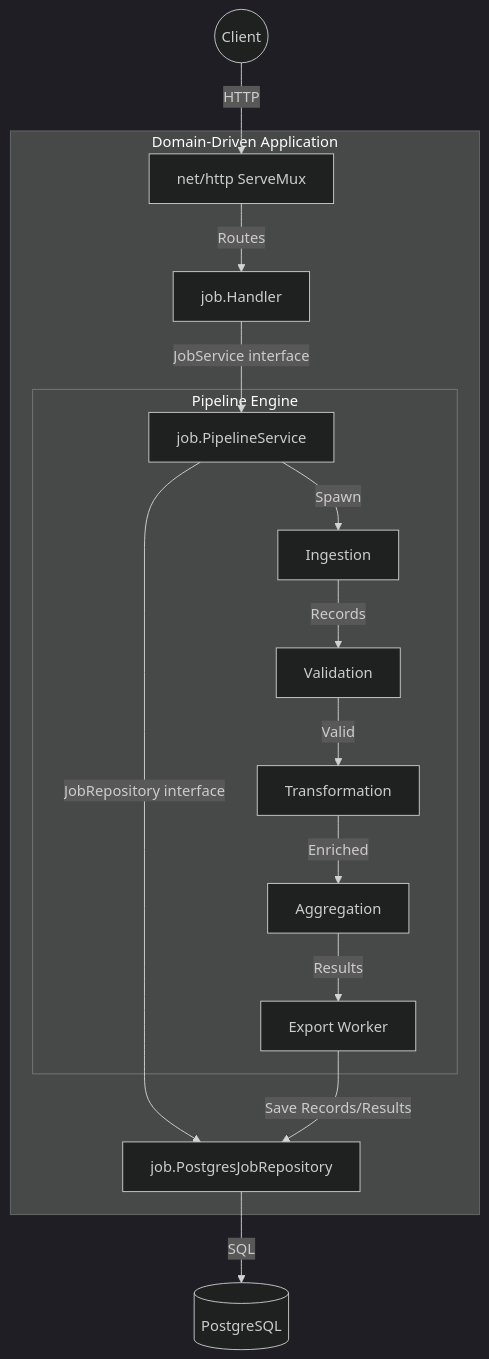
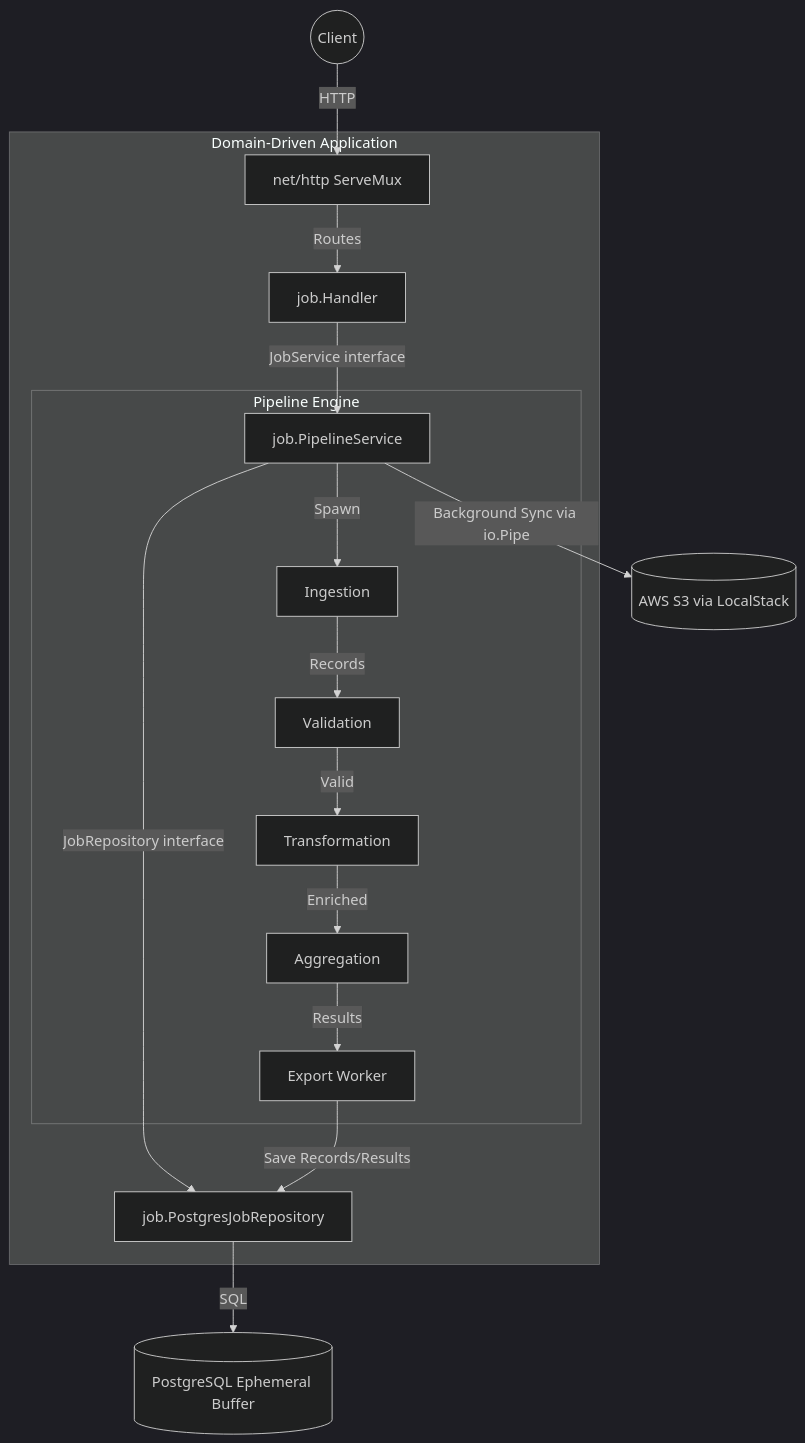
One commit to narayan-mindfire/data-processor changed the diagram in README.md. Above: the diagram before and after it, drawn with Mermaid (dark theme). The commit also changed other lines of this file and 4 other files, not shown here.

````diff
--- a/README.md
+++ b/README.md
@@ -31,21 +31,22 @@
 ```mermaid
 graph TD
     Client((Client)) -->|HTTP| Router["net/http ServeMux"]
 
     subgraph "Domain-Driven Application"
         Router -->|Routes| Handler["job.Handler"]
         Handler -->|"JobService interface"| Service["job.PipelineService"]
         Service -->|"JobRepository interface"| Repo["job.PostgresJobRepository"]
 
         subgraph "Pipeline Engine"
             Service -->|Spawn| Ingest[Ingestion]
             Ingest -->|Records| Validate[Validation]
             Validate -->|Valid| Transform[Transformation]
             Transform -->|Enriched| Aggregate[Aggregation]
             Aggregate -->|Results| Export[Export Worker]
         end
     end
 
-    Repo -->|SQL| DB[(PostgreSQL)]
+    Repo -->|SQL| DB[(PostgreSQL Ephemeral Buffer)]
     Export -->|Save Records/Results| Repo
+    Service -->|Background Sync via io.Pipe| S3[(AWS S3 via LocalStack)]
 ```
````
